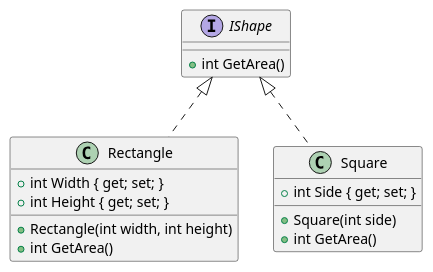
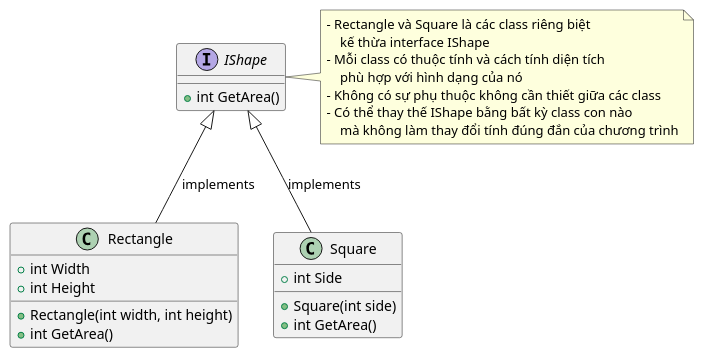
One commit to longhuynhdev/solid-bad-designs changed the diagram in Diagrams/Liskov-Subtitution-Solution.plantuml. Above: the diagram before and after it, drawn with PlantUML. The commit also changed 27 other files, not shown here.

Commit message:
feat: Add class diagrams and solutions for Interface Segregation, Dependency-Inversion principles

```diff
--- a/Diagrams/Liskov-Subtitution-Solution.plantuml
+++ b/Diagrams/Liskov-Subtitution-Solution.plantuml
@@ -1,23 +1,34 @@
 @startuml
 
 interface IShape {
     +int GetArea()
 }
 
 class Rectangle {
-    +int Width { get; set; }
-    +int Height { get; set; }
+    +int Width
+    +int Height 
     +Rectangle(int width, int height)
     +int GetArea()
 }
 
 class Square {
-    +int Side { get; set; }
+    +int Side
     +Square(int side)
     +int GetArea()
 }
 
-IShape <|.. Rectangle
-IShape <|.. Square
+' Relations between classes
+IShape <|-- Rectangle : implements
+IShape <|-- Square : implements
+
+note right of IShape
+- Rectangle và Square là các class riêng biệt
+    kế thừa interface IShape
+- Mỗi class có thuộc tính và cách tính diện tích 
+    phù hợp với hình dạng của nó
+- Không có sự phụ thuộc không cần thiết giữa các class
+- Có thể thay thế IShape bằng bất kỳ class con nào
+    mà không làm thay đổi tính đúng đắn của chương trình
+endnote
 
 @enduml
```
